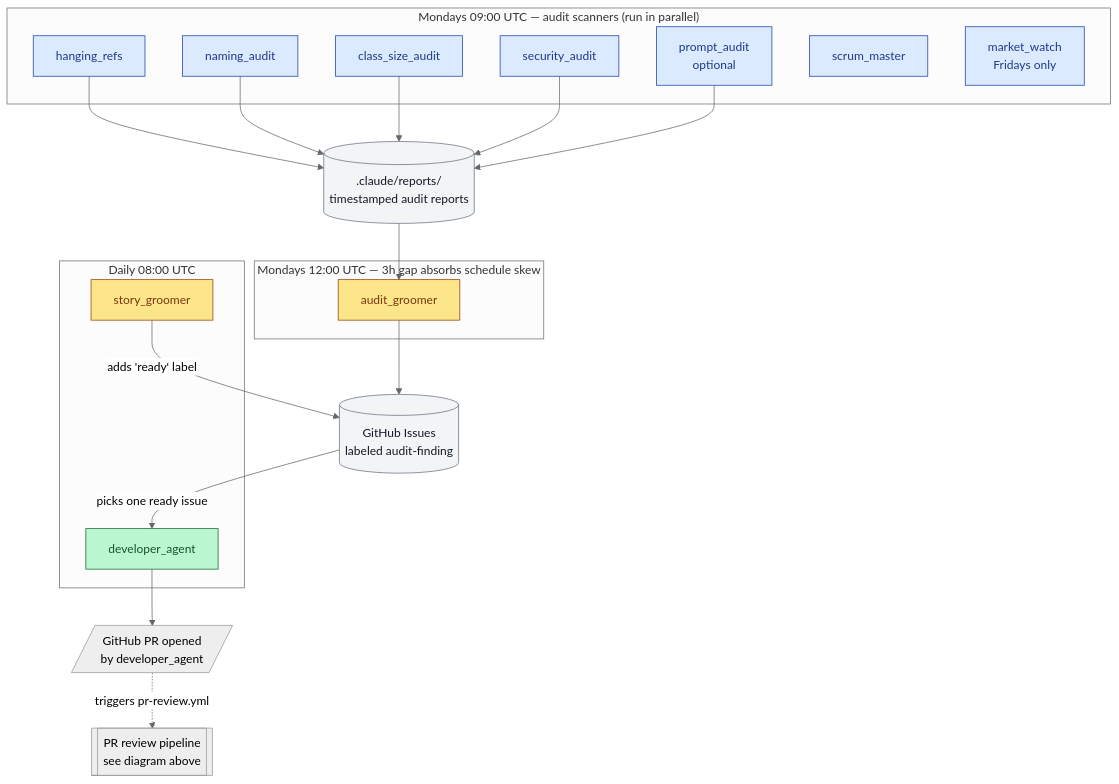
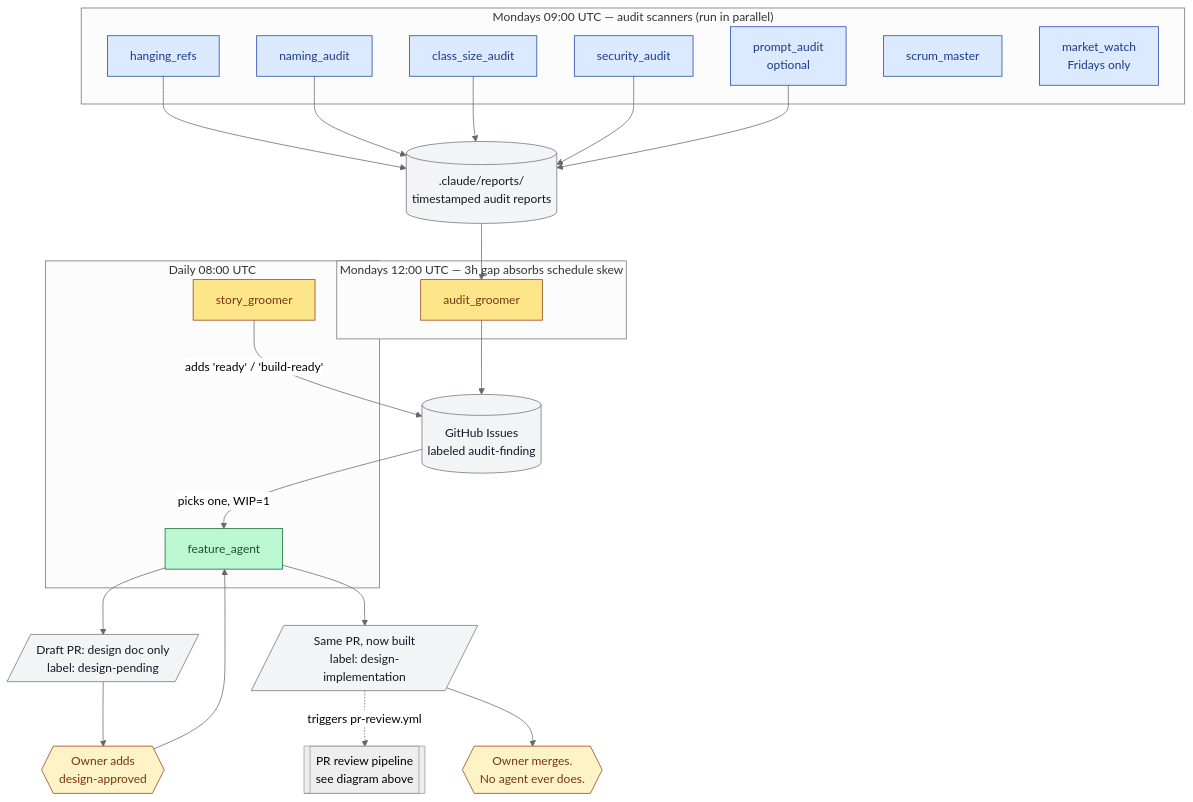
One commit to Ethanon/developer.ai changed the third of 3 diagrams in readme.md. Above: the diagram before and after it, drawn with Mermaid (neutral theme). The commit also changed other lines of this file and 57 other files, not shown here.

````diff
--- a/readme.md
+++ b/readme.md
@@ -239,45 +243,52 @@
 ```mermaid
 flowchart TD
     classDef scanner fill:#dbeafe,stroke:#1e40af,color:#1e3a8a
     classDef groomer fill:#fde68a,stroke:#92400e,color:#78350f
     classDef worker  fill:#bbf7d0,stroke:#166534,color:#14532d
     classDef artifact fill:#f3f4f6,stroke:#6b7280,color:#111827
+    classDef human    fill:#fef3c7,stroke:#92400e,color:#78350f
 
     subgraph WeeklyMon09 ["Mondays 09:00 UTC — audit scanners (run in parallel)"]
         HR[hanging_refs]:::scanner
         NA[naming_audit]:::scanner
         CS[class_size_audit]:::scanner
         SA[security_audit]:::scanner
         PA[prompt_audit<br/>optional]:::scanner
         SM[scrum_master]:::scanner
         MW[market_watch<br/>Fridays only]:::scanner
     end
 
     Reports[(.claude/reports/<br/>timestamped audit reports)]:::artifact
 
     HR --> Reports
     NA --> Reports
     CS --> Reports
     SA --> Reports
     PA --> Reports
 
     subgraph WeeklyMon12 ["Mondays 12:00 UTC — 3h gap absorbs schedule skew"]
         AG[audit_groomer]:::groomer
     end
     Reports --> AG
 
     Issues[(GitHub Issues<br/>labeled audit-finding)]:::artifact
     AG --> Issues
 
     subgraph Daily08 ["Daily 08:00 UTC"]
         SGRM[story_groomer]:::groomer
-        DEV[developer_agent]:::worker
+        DEV[feature_agent]:::worker
     end
 
-    SGRM -->|adds 'ready' label| Issues
-    Issues -->|picks one ready issue| DEV
+    SGRM -->|adds 'ready' / 'build-ready'| Issues
+    Issues -->|picks one, WIP=1| DEV
 
-    PR[/GitHub PR opened<br/>by developer_agent/]
+    PR[/Draft PR: design doc only<br/>label: design-pending/]:::artifact
     DEV --> PR
-    PR -.->|triggers pr-review.yml| PRRev[[PR review pipeline<br/>see diagram above]]
+    Owner{{Owner adds<br/>design-approved}}:::human
+    PR --> Owner
+    Built[/Same PR, now built<br/>label: design-implementation/]:::artifact
+    Owner --> DEV
+    DEV --> Built
+    Built -.->|triggers pr-review.yml| PRRev[[PR review pipeline<br/>see diagram above]]
+    Built --> Merge{{Owner merges.<br/>No agent ever does.}}:::human
 ```
````
